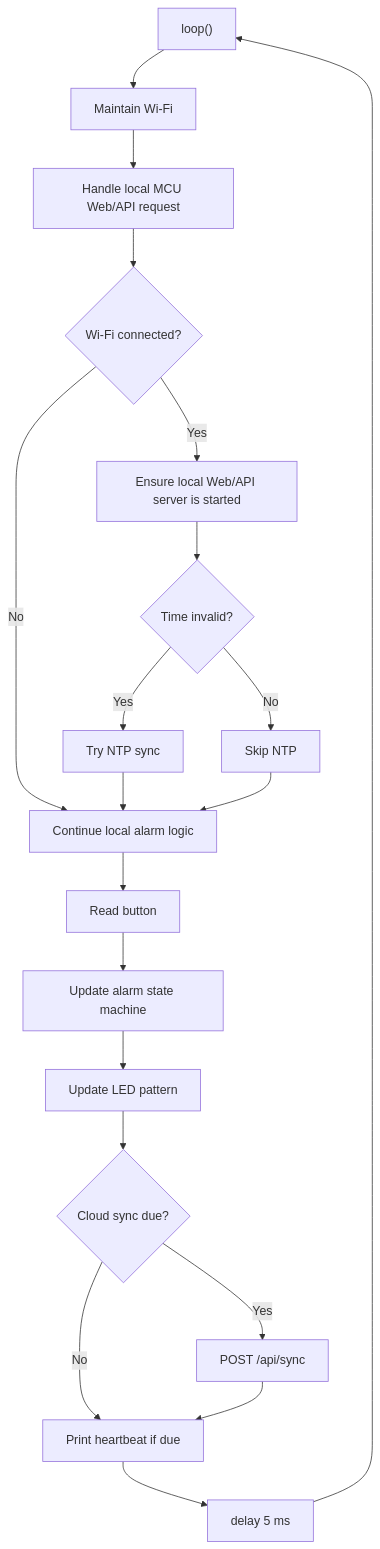
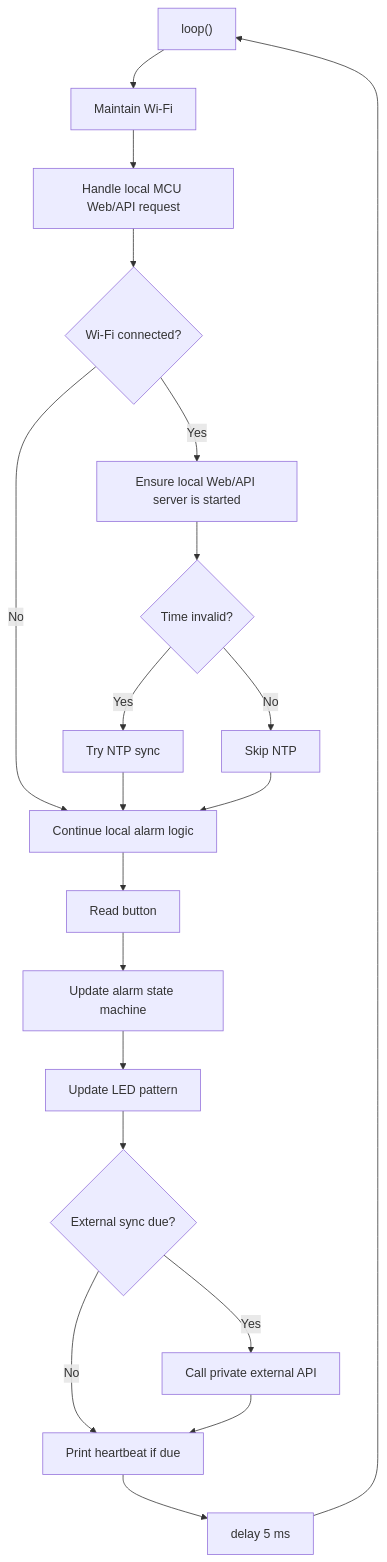
One commit to terry-eric/esp32c3-clock-web changed the second of 3 diagrams in docs/MCU_LOGIC.md. Above: the diagram before and after it, drawn with Mermaid. The commit also changed other lines of this file and 13 other files, not shown here.

````diff
--- a/docs/MCU_LOGIC.md
+++ b/docs/MCU_LOGIC.md
@@ -35,22 +36,22 @@
 ```mermaid
 flowchart TD
   A["loop()"] --> B["Maintain Wi-Fi"]
   B --> C["Handle local MCU Web/API request"]
   C --> D{"Wi-Fi connected?"}
   D -- "Yes" --> E["Ensure local Web/API server is started"]
   D -- "No" --> F["Continue local alarm logic"]
   E --> G{"Time invalid?"}
   G -- "Yes" --> H["Try NTP sync"]
   G -- "No" --> I["Skip NTP"]
   H --> F
   I --> F
   F --> J["Read button"]
   J --> K["Update alarm state machine"]
   K --> L["Update LED pattern"]
-  L --> M{"Cloud sync due?"}
-  M -- "Yes" --> N["POST /api/sync"]
+  L --> M{"External sync due?"}
+  M -- "Yes" --> N["Call private external API"]
   M -- "No" --> O["Print heartbeat if due"]
   N --> O
   O --> P["delay 5 ms"]
   P --> A
 ```
````
